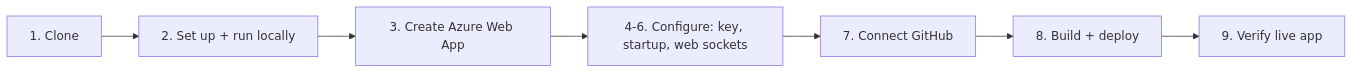
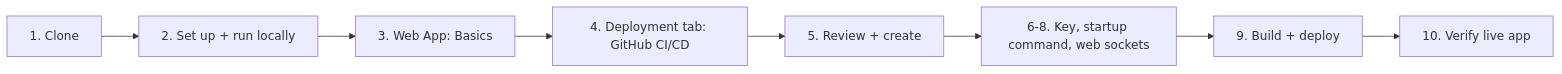
One commit to ajeetuk/Project_1_Financial_Policy_ChatBot_Rag_Implementation changed the fifth of 6 diagrams in README.md. Above: the diagram before and after it, drawn with Mermaid. The commit also changed other lines of this file, not shown here.

````diff
--- a/README.md
+++ b/README.md
@@ -256,9 +256,10 @@
 ```mermaid
 flowchart LR
     S1["1. Clone"] --> S2["2. Set up + run locally"]
-    S2 --> S3["3. Create Azure Web App"]
-    S3 --> S4["4-6. Configure: key, startup, web sockets"]
-    S4 --> S7["7. Connect GitHub"]
-    S7 --> S8["8. Build + deploy"]
-    S8 --> S9["9. Verify live app"]
+    S2 --> S3["3. Web App: Basics"]
+    S3 --> S4["4. Deployment tab: GitHub CI/CD"]
+    S4 --> S5["5. Review + create"]
+    S5 --> S6["6-8. Key, startup command, web sockets"]
+    S6 --> S9["9. Build + deploy"]
+    S9 --> S10["10. Verify live app"]
 ```
````
